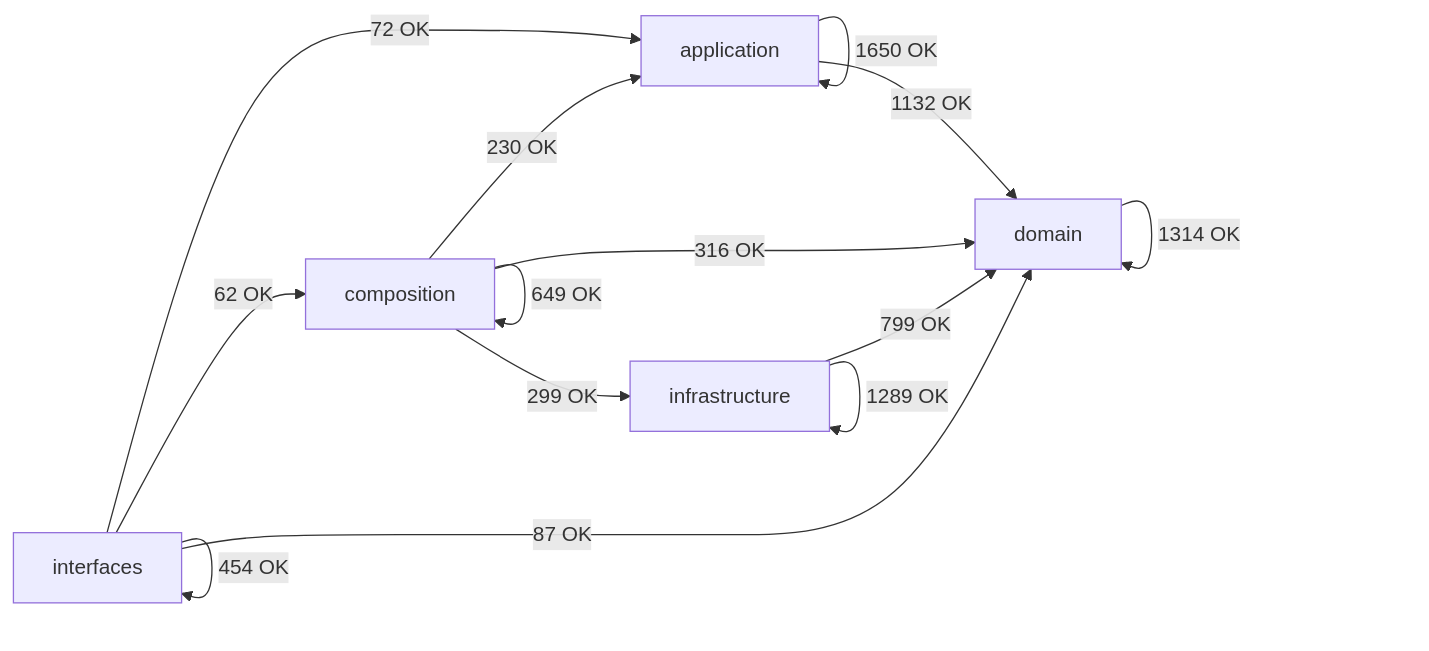
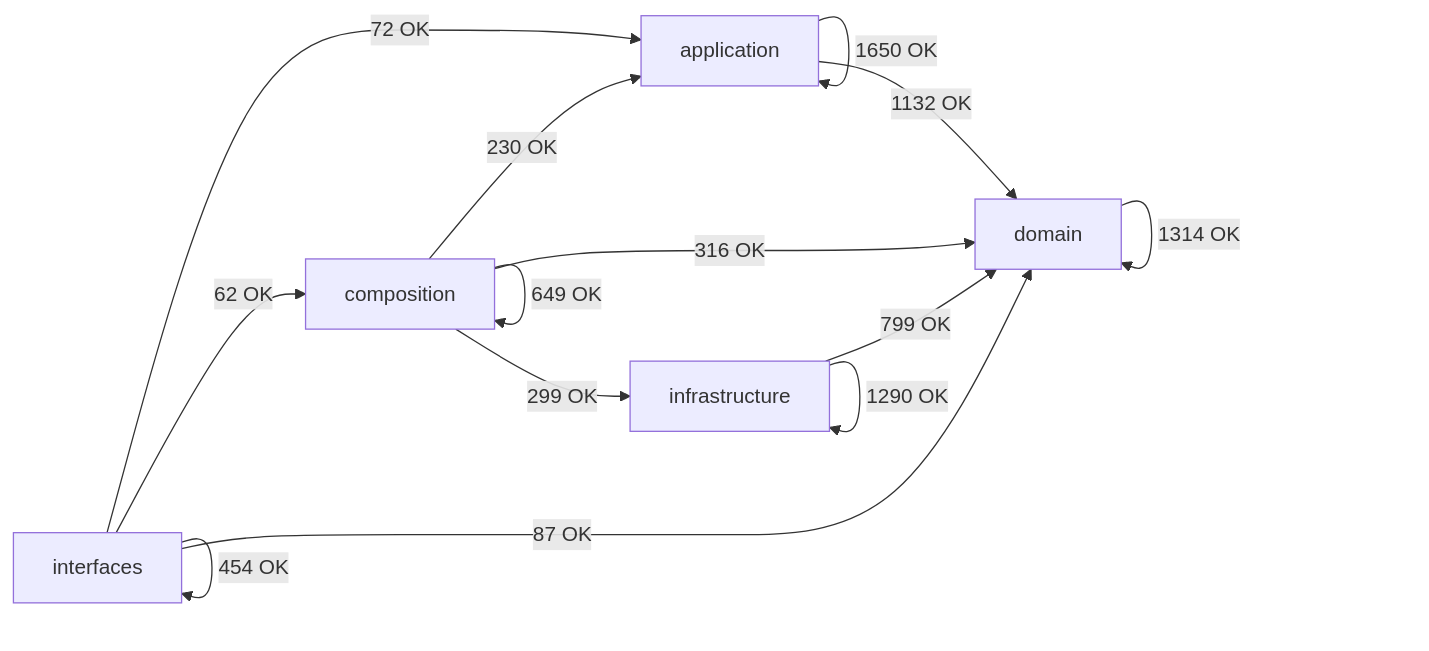
The diagram in docs/02-architecture/generated/module-dependency-map.md (SatoryKono/BioactivityDataAcquisition), drawn with Mermaid before and after one commit. The commit also changed other lines of this file and 30 other files, not shown here.

````diff
--- a/docs/02-architecture/generated/module-dependency-map.md
+++ b/docs/02-architecture/generated/module-dependency-map.md
@@ -17,21 +17,21 @@
 ```mermaid
 flowchart LR
     domain[domain]
     application[application]
     infrastructure[infrastructure]
     composition[composition]
     interfaces[interfaces]
     application -->|1650 OK| application
     application -->|1132 OK| domain
     composition -->|230 OK| application
     composition -->|649 OK| composition
     composition -->|316 OK| domain
     composition -->|299 OK| infrastructure
     domain -->|1314 OK| domain
     infrastructure -->|799 OK| domain
-    infrastructure -->|1289 OK| infrastructure
+    infrastructure -->|1290 OK| infrastructure
     interfaces -->|72 OK| application
     interfaces -->|62 OK| composition
     interfaces -->|87 OK| domain
     interfaces -->|454 OK| interfaces
 ```
````
